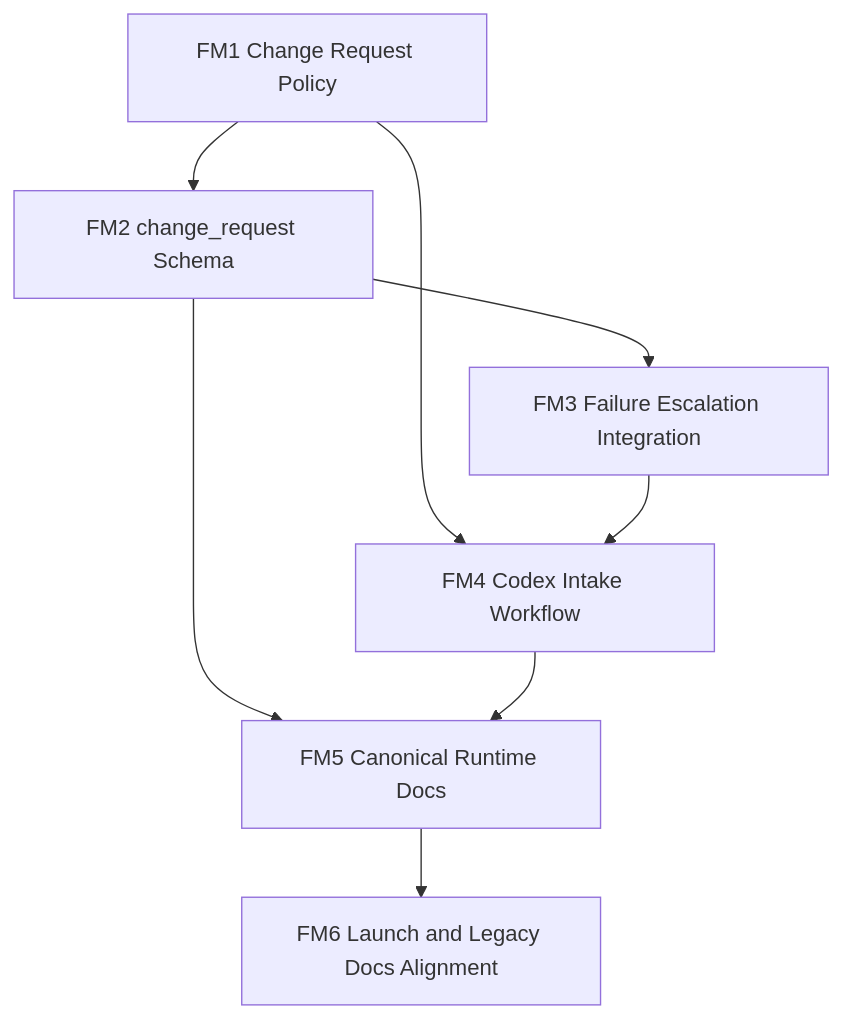
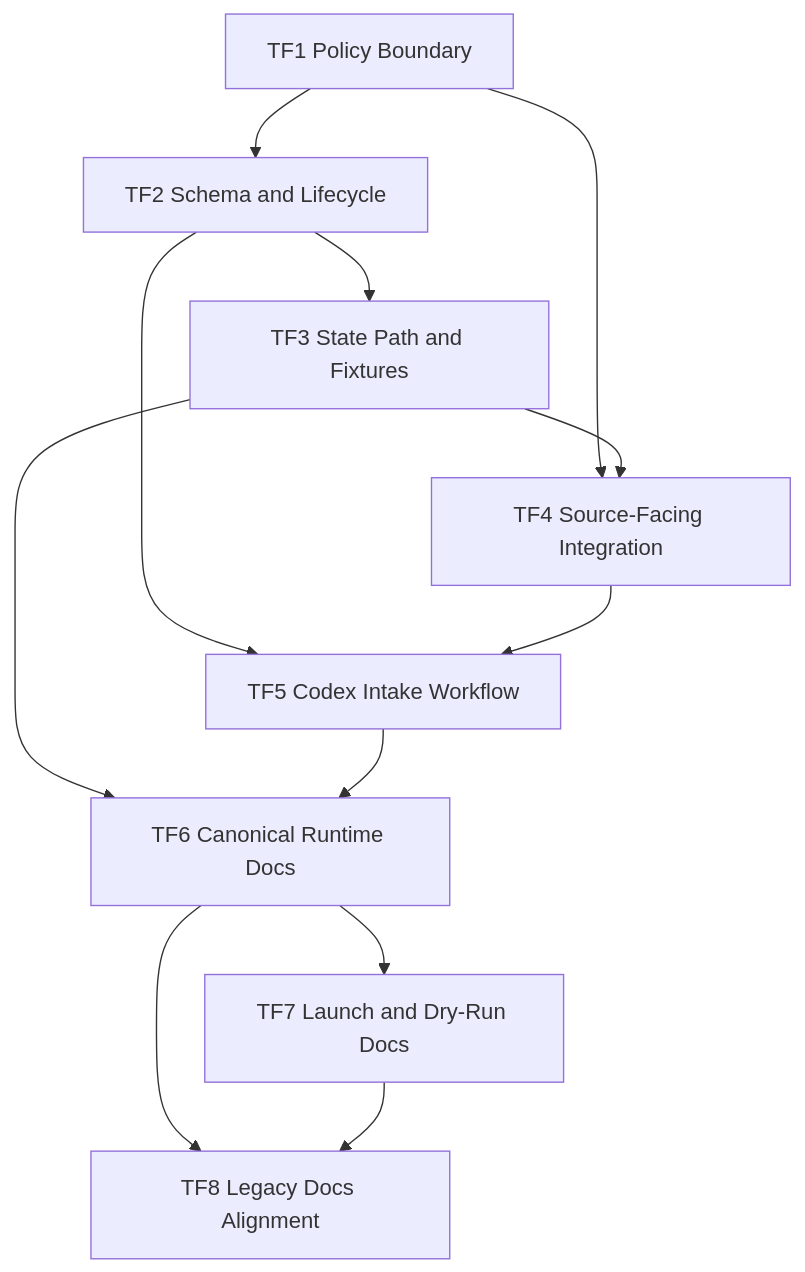
The diagram in FOLLOW_UP_MINI_PLAN.md (d-alexeev/proptech-news-monitoring), drawn with Mermaid before and after one commit. The commit also changed other lines of this file, not shown here.

````diff
--- a/FOLLOW_UP_MINI_PLAN.md
+++ b/FOLLOW_UP_MINI_PLAN.md
@@ -247,17 +322,23 @@
 ```mermaid
 graph TD
-  FM1["FM1 Change Request Policy"]
-  FM2["FM2 change_request Schema"]
-  FM3["FM3 Failure Escalation Integration"]
-  FM4["FM4 Codex Intake Workflow"]
-  FM5["FM5 Canonical Runtime Docs"]
-  FM6["FM6 Launch and Legacy Docs Alignment"]
+  TF1["TF1 Policy Boundary"]
+  TF2["TF2 Schema and Lifecycle"]
+  TF3["TF3 State Path and Fixtures"]
+  TF4["TF4 Source-Facing Integration"]
+  TF5["TF5 Codex Intake Workflow"]
+  TF6["TF6 Canonical Runtime Docs"]
+  TF7["TF7 Launch and Dry-Run Docs"]
+  TF8["TF8 Legacy Docs Alignment"]
 
-  FM1 --> FM2
-  FM2 --> FM3
-  FM1 --> FM4
-  FM3 --> FM4
-  FM2 --> FM5
-  FM4 --> FM5
-  FM5 --> FM6
+  TF1 --> TF2
+  TF2 --> TF3
+  TF1 --> TF4
+  TF3 --> TF4
+  TF2 --> TF5
+  TF4 --> TF5
+  TF3 --> TF6
+  TF5 --> TF6
+  TF6 --> TF7
+  TF6 --> TF8
+  TF7 --> TF8
 ```
````
